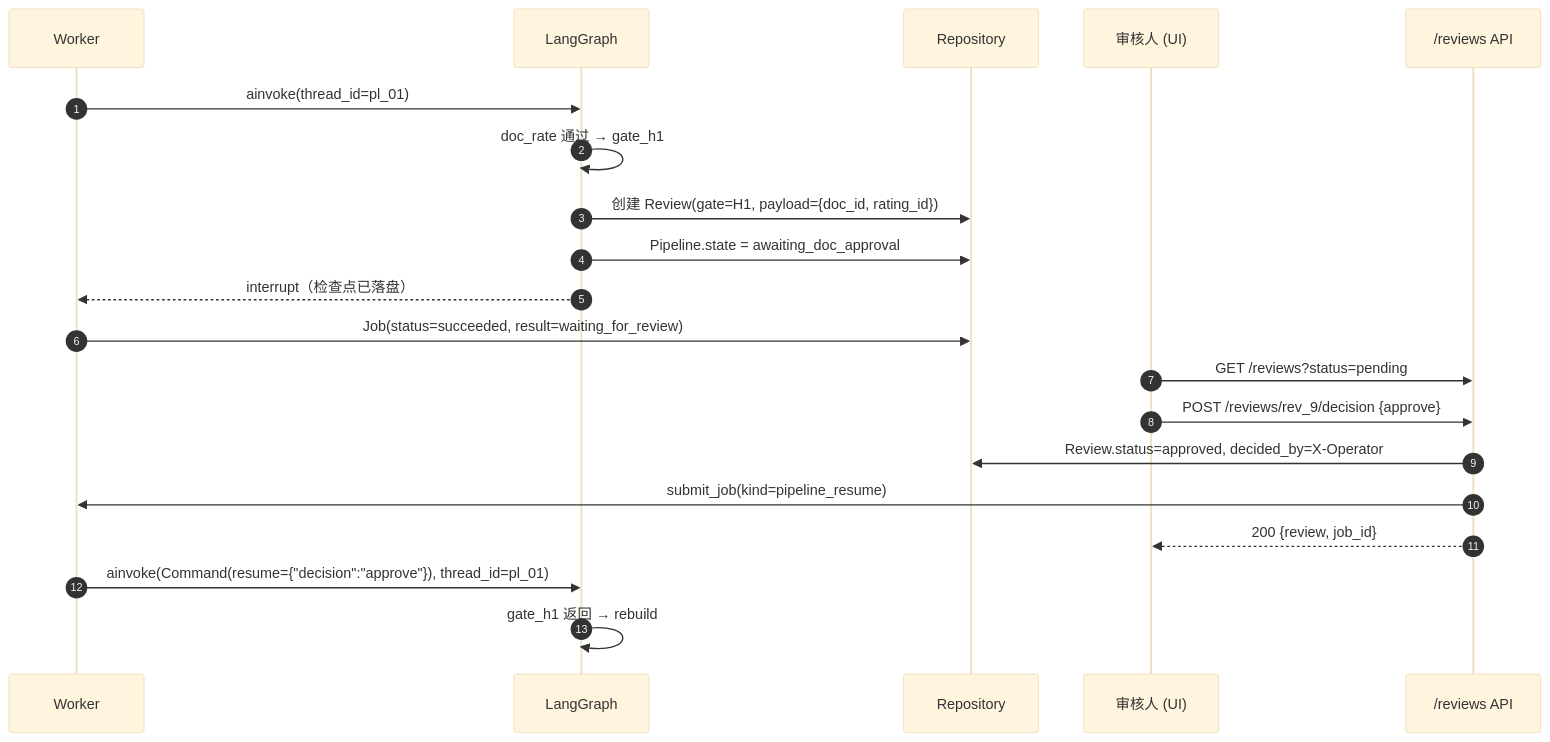
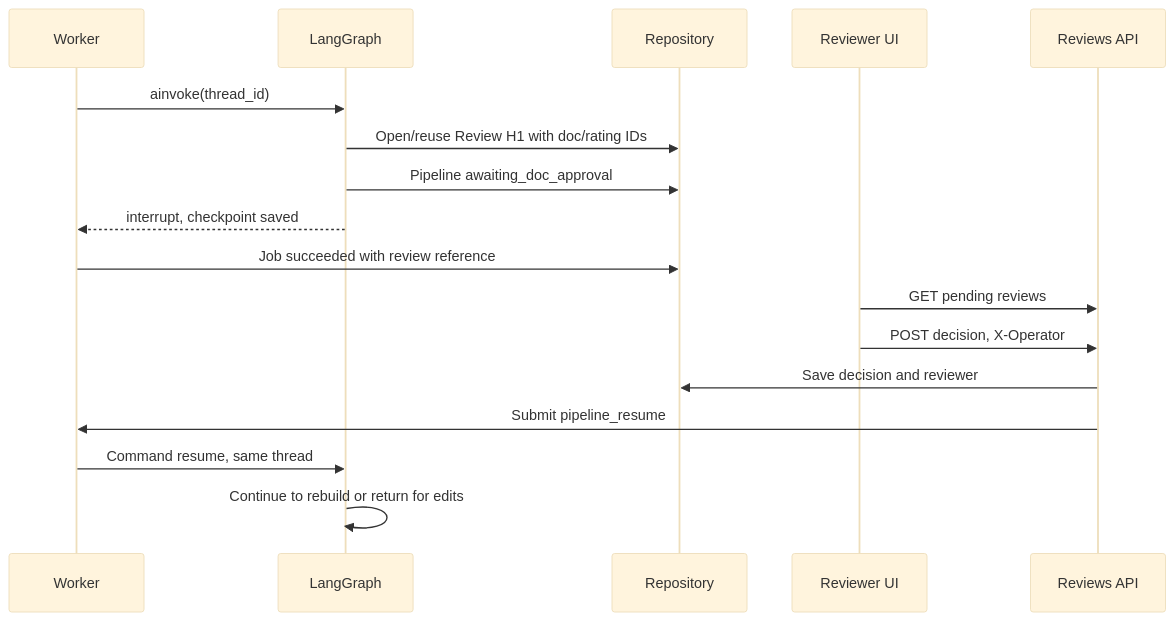
Before and after one commit to LuisWang709/EXL_JLWZ: the third of 3 diagrams in docs/design/A1_orchestrator_api_design.md, drawn with Mermaid (base theme). The commit also changed other lines of this file and 31 other files, not shown here.

````diff
--- a/docs/design/A1_orchestrator_api_design.md
+++ b/docs/design/A1_orchestrator_api_design.md
@@ -153,22 +122,19 @@
 ```mermaid
 sequenceDiagram
-    autonumber
     participant W as Worker
     participant G as LangGraph
     participant R as Repository
-    participant U as 审核人 (UI)
-    participant API as /reviews API
-    W->>G: ainvoke(thread_id=pl_01)
-    G->>G: doc_rate 通过 → gate_h1
-    G->>R: 创建 Review(gate=H1, payload={doc_id, rating_id})
-    G->>R: Pipeline.state = awaiting_doc_approval
-    G-->>W: interrupt（检查点已落盘）
-    W->>R: Job(status=succeeded, result=waiting_for_review)
-    U->>API: GET /reviews?status=pending
-    U->>API: POST /reviews/rev_9/decision {approve}
-    API->>R: Review.status=approved, decided_by=X-Operator
-    API->>W: submit_job(kind=pipeline_resume)
-    API-->>U: 200 {review, job_id}
-    W->>G: ainvoke(Command(resume={"decision":"approve"}), thread_id=pl_01)
-    G->>G: gate_h1 返回 → rebuild
+    participant U as Reviewer UI
+    participant A as Reviews API
+    W->>G: ainvoke(thread_id)
+    G->>R: Open/reuse Review H1 with doc/rating IDs
+    G->>R: Pipeline awaiting_doc_approval
+    G-->>W: interrupt, checkpoint saved
+    W->>R: Job succeeded with review reference
+    U->>A: GET pending reviews
+    U->>A: POST decision, X-Operator
+    A->>R: Save decision and reviewer
+    A->>W: Submit pipeline_resume
+    W->>G: Command resume, same thread
+    G->>G: Continue to rebuild or return for edits
 ```
````
